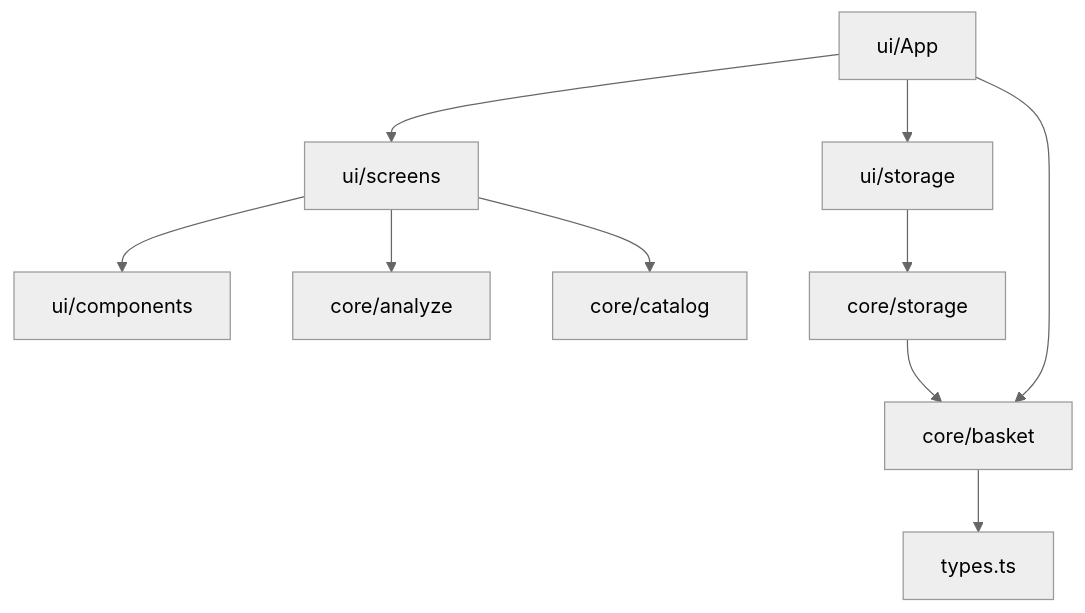
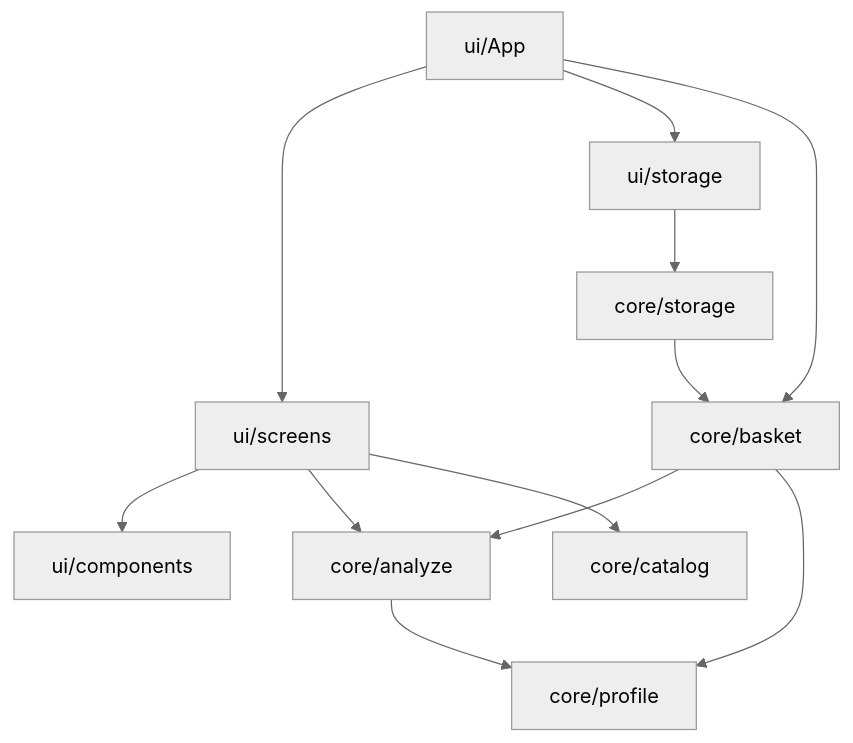
Before and after one commit to sakana396/week-meal: the first of 2 diagrams in docs/03_design/design-it02.md, drawn with Mermaid (neutral theme). The commit also changed other lines of this file and 6 other files, not shown here.

````diff
--- a/docs/03_design/design-it02.md
+++ b/docs/03_design/design-it02.md
@@ -26,12 +28,14 @@
 ```mermaid
 flowchart TB
-  Screens[ui/screens] --> Components[ui/components]
-  App[ui/App] --> Screens
+  App[ui/App] --> Screens[ui/screens]
+  Screens --> Components[ui/components]
   App --> Storage[ui/storage]
   App --> Basket[core/basket]
   Storage --> StorageCore[core/storage]
+  StorageCore --> Basket
   Screens --> Analyze[core/analyze]
   Screens --> Catalog[core/catalog]
-  Basket --> Types[types.ts]
-  StorageCore --> Basket
+  Basket --> Analyze
+  Basket --> Profile[core/profile]
+  Analyze --> Profile
 ```
````
